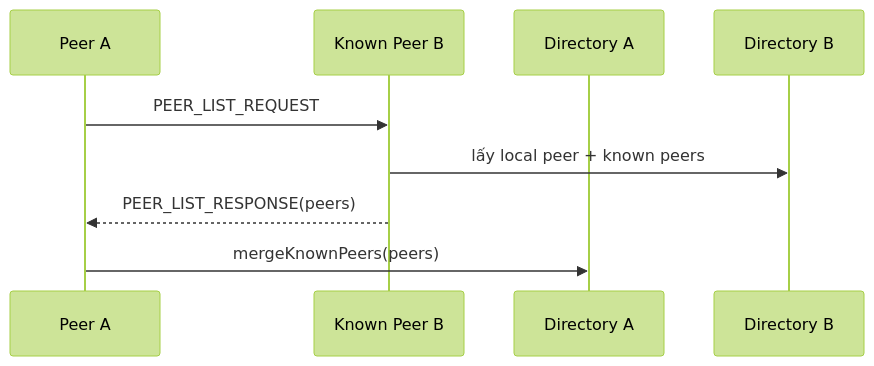
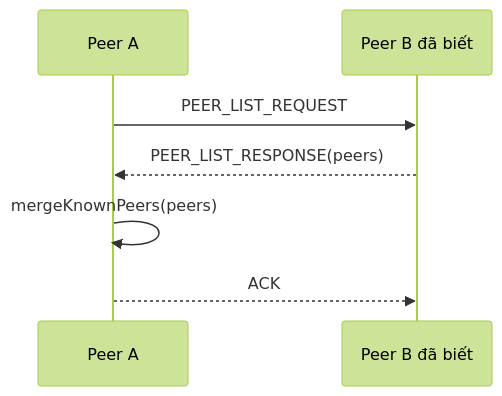
The second of 2 diagrams in docs/nop-bai/04_co_che_peer_discovery.md (dungcony/p2p), drawn with Mermaid (forest theme) before and after one commit. The commit also changed other lines of this file and 9 other files, not shown here.

````diff
--- a/docs/nop-bai/04_co_che_peer_discovery.md
+++ b/docs/nop-bai/04_co_che_peer_discovery.md
@@ -145,12 +120,9 @@
 ```mermaid
 sequenceDiagram
     participant A as Peer A
-    participant B as Known Peer B
-    participant DirA as Directory A
-    participant DirB as Directory B
-
+    participant B as Peer B đã biết
     A->>B: PEER_LIST_REQUEST
-    B->>DirB: lấy local peer + known peers
     B-->>A: PEER_LIST_RESPONSE(peers)
-    A->>DirA: mergeKnownPeers(peers)
+    A->>A: mergeKnownPeers(peers)
+    A-->>B: ACK
 ```
````
